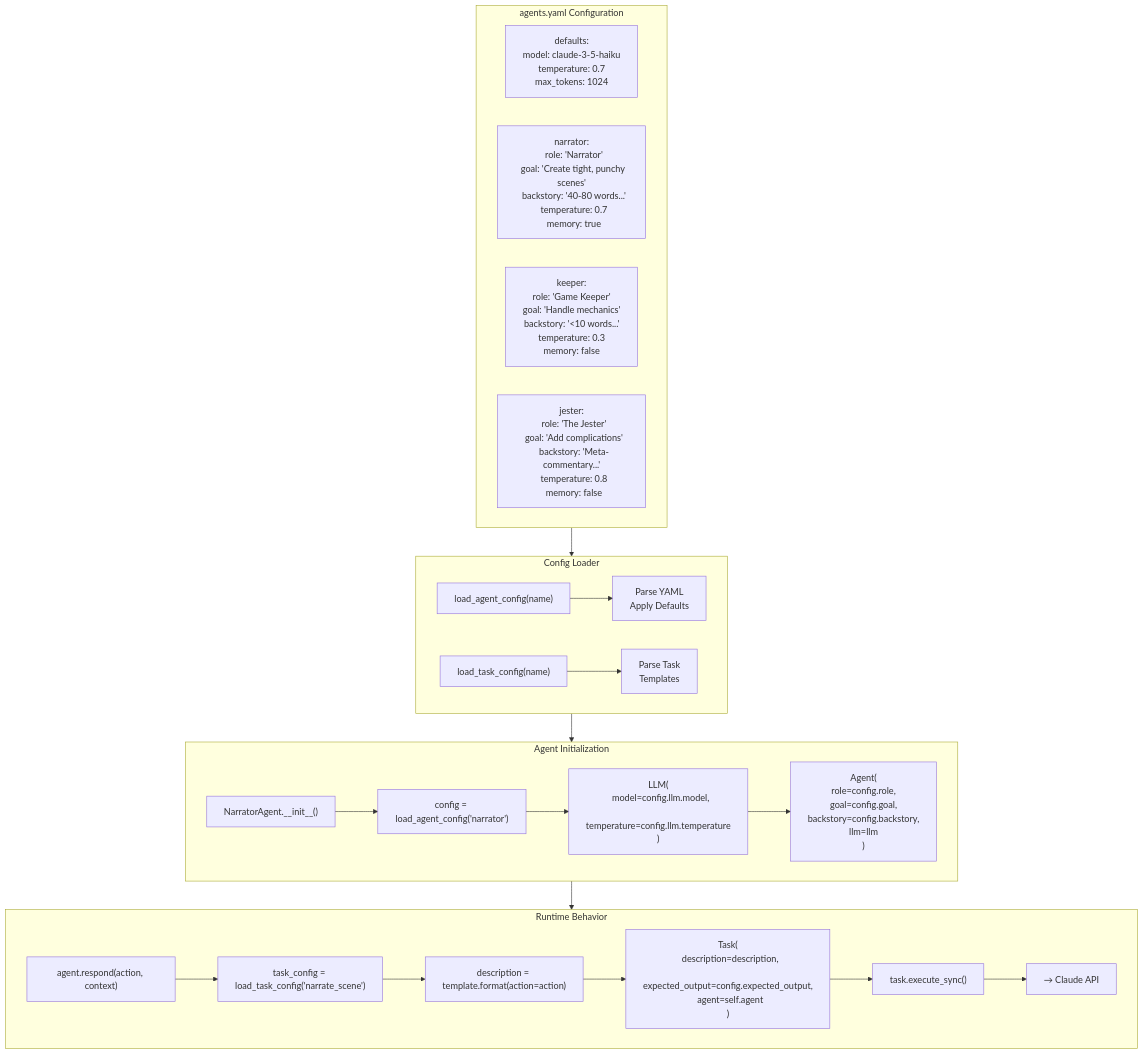
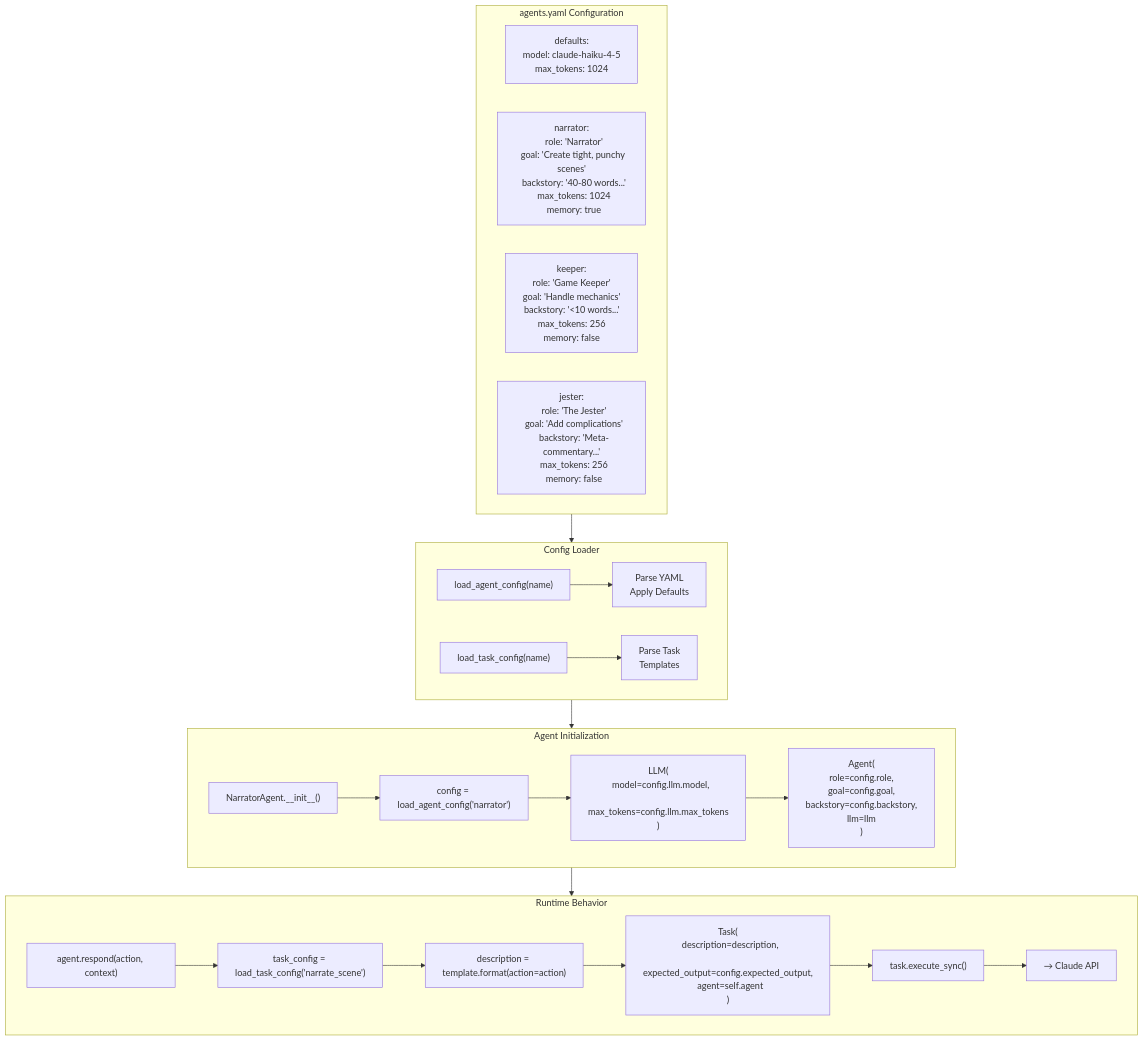
Before and after one commit to darth-dodo/pocket-portals: the eighth of 8 diagrams in docs/architecture-diagrams.md, drawn with Mermaid. The commit also changed other lines of this file and 21 other files, not shown here.

First line of the commit message:
fix(llm): replace retired Claude models and drop sampling params

````diff
--- a/docs/architecture-diagrams.md
+++ b/docs/architecture-diagrams.md
@@ -556,37 +556,37 @@
 ```mermaid
 flowchart TB
     subgraph Config["agents.yaml Configuration"]
-        Defaults["defaults:<br/>  model: claude-3-5-haiku<br/>  temperature: 0.7<br/>  max_tokens: 1024"]
+        Defaults["defaults:<br/>  model: claude-haiku-4-5<br/>  max_tokens: 1024"]
 
-        NarratorCfg["narrator:<br/>  role: 'Narrator'<br/>  goal: 'Create tight, punchy scenes'<br/>  backstory: '40-80 words...'<br/>  temperature: 0.7<br/>  memory: true"]
+        NarratorCfg["narrator:<br/>  role: 'Narrator'<br/>  goal: 'Create tight, punchy scenes'<br/>  backstory: '40-80 words...'<br/>  max_tokens: 1024<br/>  memory: true"]
 
-        KeeperCfg["keeper:<br/>  role: 'Game Keeper'<br/>  goal: 'Handle mechanics'<br/>  backstory: '<10 words...'<br/>  temperature: 0.3<br/>  memory: false"]
+        KeeperCfg["keeper:<br/>  role: 'Game Keeper'<br/>  goal: 'Handle mechanics'<br/>  backstory: '<10 words...'<br/>  max_tokens: 256<br/>  memory: false"]
 
-        JesterCfg["jester:<br/>  role: 'The Jester'<br/>  goal: 'Add complications'<br/>  backstory: 'Meta-commentary...'<br/>  temperature: 0.8<br/>  memory: false"]
+        JesterCfg["jester:<br/>  role: 'The Jester'<br/>  goal: 'Add complications'<br/>  backstory: 'Meta-commentary...'<br/>  max_tokens: 256<br/>  memory: false"]
     end
 
     subgraph Loader["Config Loader"]
         LoadAgent["load_agent_config(name)"] --> Parse["Parse YAML<br/>Apply Defaults"]
         LoadTask["load_task_config(name)"] --> TaskParse["Parse Task<br/>Templates"]
     end
 
     subgraph AgentInit["Agent Initialization"]
         NAgent["NarratorAgent.__init__()"]
         NAgent --> LoadCfg["config = load_agent_config('narrator')"]
-        LoadCfg --> CreateLLM["LLM(<br/>  model=config.llm.model,<br/>  temperature=config.llm.temperature<br/>)"]
+        LoadCfg --> CreateLLM["LLM(<br/>  model=config.llm.model,<br/>  max_tokens=config.llm.max_tokens<br/>)"]
         CreateLLM --> CreateAgent["Agent(<br/>  role=config.role,<br/>  goal=config.goal,<br/>  backstory=config.backstory,<br/>  llm=llm<br/>)"]
     end
 
     subgraph Runtime["Runtime Behavior"]
         Respond["agent.respond(action, context)"]
         Respond --> LoadTaskCfg["task_config = load_task_config('narrate_scene')"]
         LoadTaskCfg --> FormatDesc["description = template.format(action=action)"]
         FormatDesc --> CreateTask["Task(<br/>  description=description,<br/>  expected_output=config.expected_output,<br/>  agent=self.agent<br/>)"]
         CreateTask --> Execute["task.execute_sync()"]
         Execute --> Claude["→ Claude API"]
     end
 
     Config --> Loader
     Loader --> AgentInit
     AgentInit --> Runtime
 ```
````
